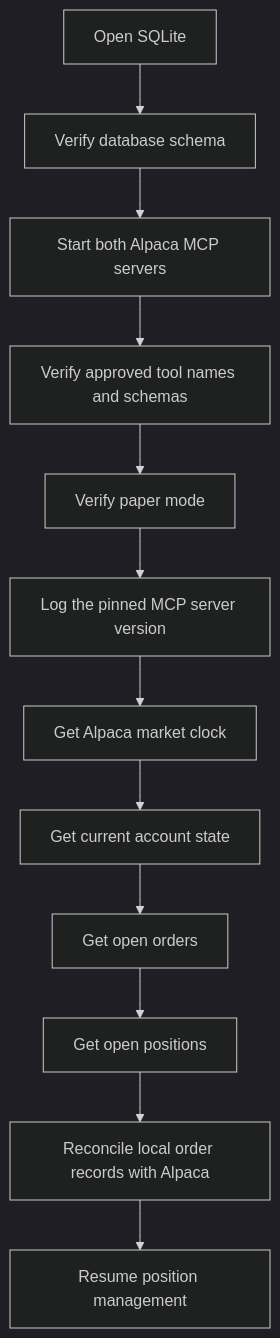
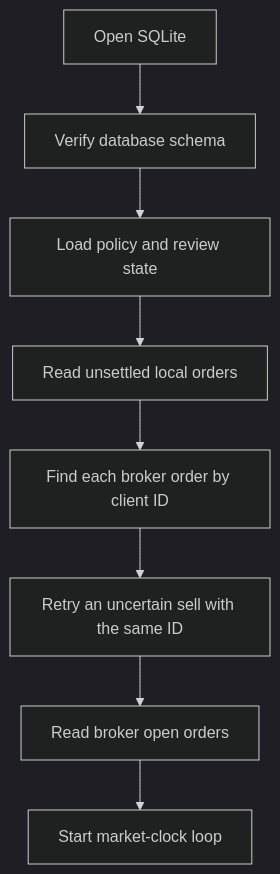
The diagram in .lode/operations/restart-recovery.md (xakpc/Alpaca.NoIdea), drawn with Mermaid (dark theme) before and after one commit. The commit also changed other lines of this file and 99 other files, not shown here.

````diff
--- a/.lode/operations/restart-recovery.md
+++ b/.lode/operations/restart-recovery.md
@@ -8,14 +12,10 @@
 ```mermaid
 flowchart TD
     A[Open SQLite] --> B[Verify database schema]
-    B --> S[Start both Alpaca MCP servers]
-    S --> V[Verify approved tool names and schemas]
-    V --> C[Verify paper mode]
-    C --> D[Log the pinned MCP server version]
-    D --> E[Get Alpaca market clock]
-    E --> F[Get current account state]
-    F --> G[Get open orders]
-    G --> H[Get open positions]
-    H --> I[Reconcile local order records with Alpaca]
-    I --> J[Resume position management]
+    B --> C[Load policy and review state]
+    C --> D[Read unsettled local orders]
+    D --> E[Find each broker order by client ID]
+    E --> F[Retry an uncertain sell with the same ID]
+    F --> G[Read broker open orders]
+    G --> H[Start market-clock loop]
 ```
````
